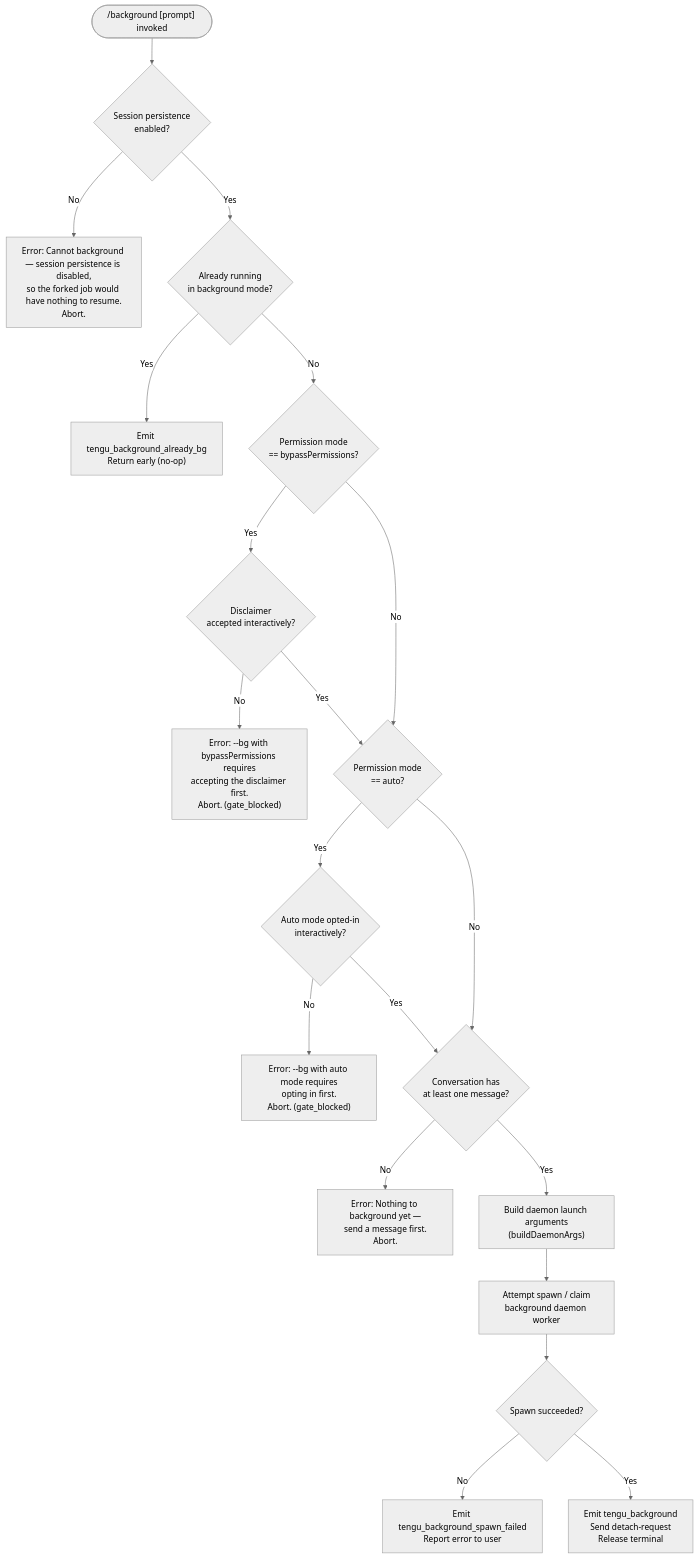
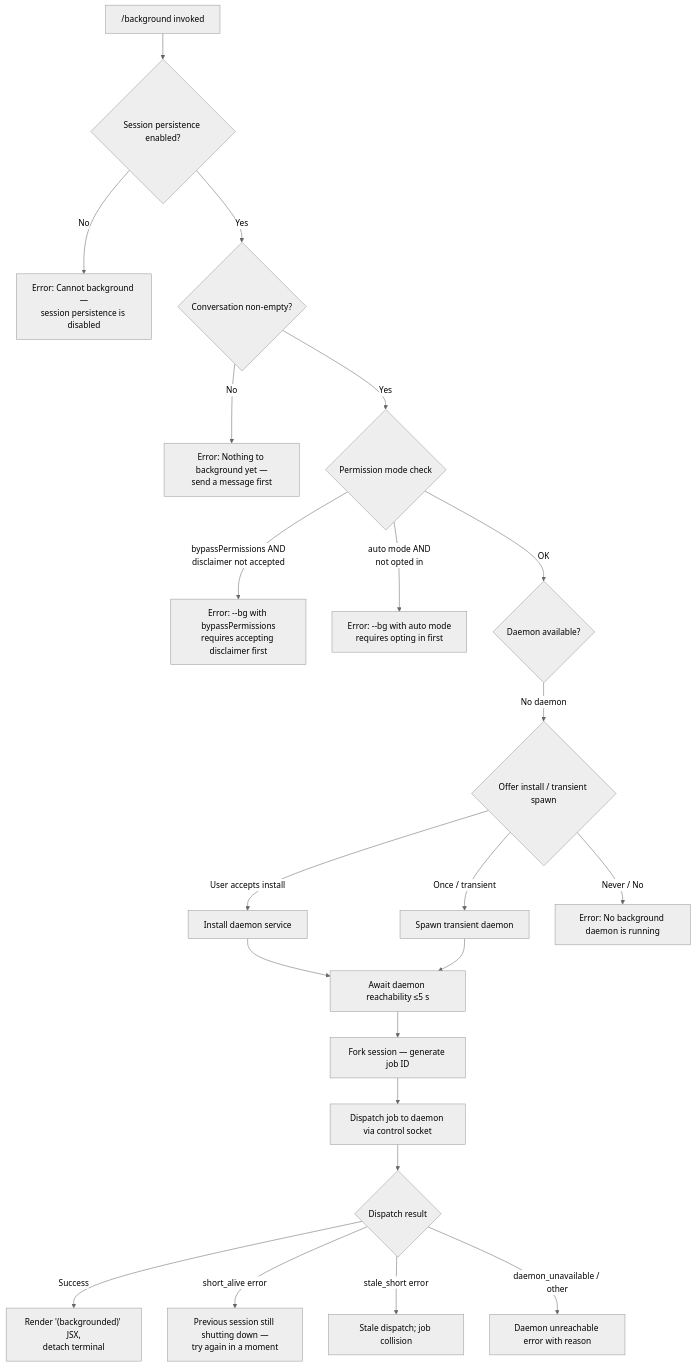
The diagram in versions/v2.1.157/background.md (MyLittleLuckyDog/cc-gnothi), drawn with Mermaid (neutral theme) before and after one commit. The commit also changed other lines of this file and 593 other files, not shown here.

````diff
--- a/versions/v2.1.157/background.md
+++ b/versions/v2.1.157/background.md
@@ -49,22 +57,24 @@
 ```mermaid
 flowchart TD
-    A(["/background [prompt] invoked"]) --> B{Session persistence\nenabled?}
-    B -- No --> B1["Error: Cannot background — session persistence is disabled,\nso the forked job would have nothing to resume.\nAbort."]
-    B -- Yes --> C{Already running\nin background mode?}
-    C -- Yes --> C1["Emit tengu_background_already_bg\nReturn early (no-op)"]
-    C -- No --> D{Permission mode\n== bypassPermissions?}
-    D -- Yes --> D1{Disclaimer\naccepted interactively?}
-    D1 -- No --> D2["Error: --bg with bypassPermissions requires\naccepting the disclaimer first.\nAbort. (gate_blocked)"]
-    D1 -- Yes --> E
-    D -- No --> E{Permission mode\n== auto?}
-    E -- Yes --> E1{Auto mode opted-in\ninteractively?}
-    E1 -- No --> E2["Error: --bg with auto mode requires\nopting in first.\nAbort. (gate_blocked)"]
-    E1 -- Yes --> F
-    E -- No --> F{Conversation has\nat least one message?}
-    F -- No --> F1["Error: Nothing to background yet —\nsend a message first.\nAbort."]
-    F -- Yes --> G["Build daemon launch arguments\n(buildDaemonArgs)"]
-    G --> H["Attempt spawn / claim\nbackground daemon worker"]
-    H --> I{Spawn succeeded?}
-    I -- No --> I1["Emit tengu_background_spawn_failed\nReport error to user"]
-    I -- Yes --> J["Emit tengu_background\nSend detach-request\nRelease terminal"]
+    A["/background invoked"] --> B{Session persistence enabled?}
+    B -- No --> ERR1["Error: Cannot background —\nsession persistence is disabled"]
+    B -- Yes --> C{Conversation non-empty?}
+    C -- No --> ERR2["Error: Nothing to background yet —\nsend a message first"]
+    C -- Yes --> D{Permission mode check}
+    D -- bypassPermissions AND\ndisclaimer not accepted --> ERR3["Error: --bg with bypassPermissions\nrequires accepting disclaimer first"]
+    D -- auto mode AND\nnot opted in --> ERR4["Error: --bg with auto mode\nrequires opting in first"]
+    D -- OK --> E{Daemon available?}
+    E -- No daemon --> F{Offer install / transient spawn}
+    F -- User accepts install --> G[Install daemon service]
+    F -- Once / transient --> H[Spawn transient daemon]
+    F -- Never / No --> ERR5["Error: No background daemon is running"]
+    G --> I[Await daemon reachability ≤5 s]
+    H --> I
+    I --> J[Fork session — generate job ID]
+    J --> K[Dispatch job to daemon via control socket]
+    K --> L{Dispatch result}
+    L -- Success --> M["Render '(backgrounded)' JSX,\ndetach terminal"]
+    L -- short_alive error --> ERR6["Previous session still shutting down —\ntry again in a moment"]
+    L -- stale_short error --> ERR7["Stale dispatch; job collision"]
+    L -- daemon_unavailable / other --> ERR8["Daemon unreachable error with reason"]
 ```
````
